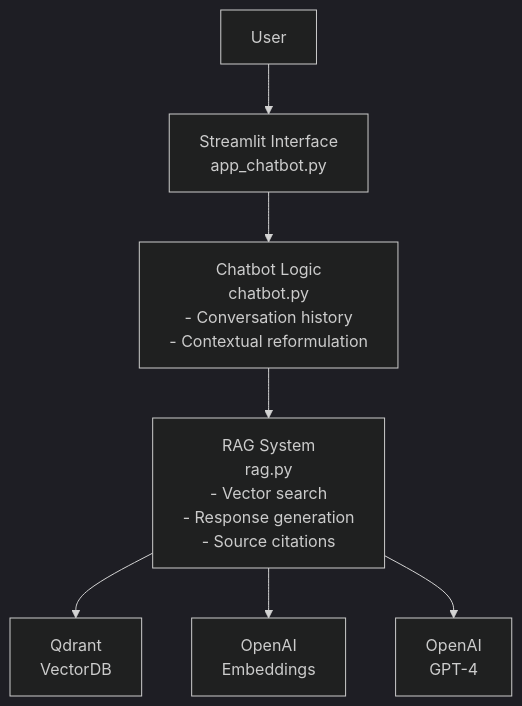
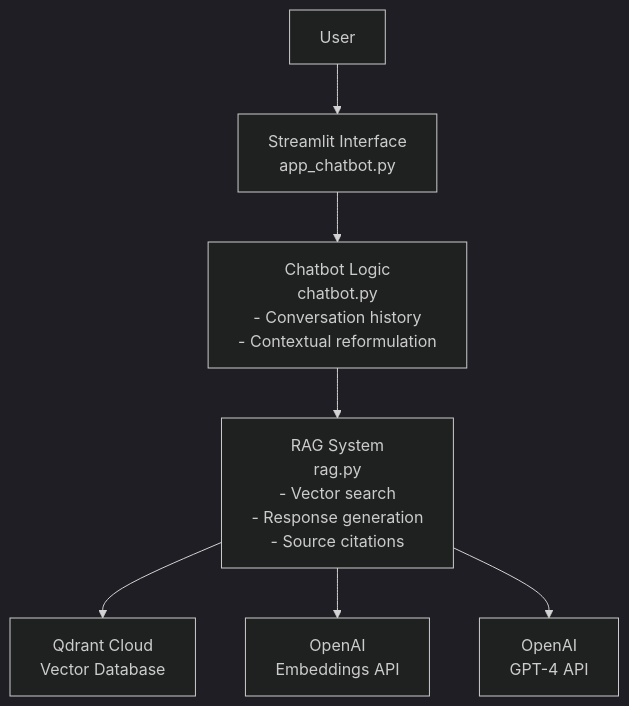
One commit to Lavialle/generative-ai-final-project changed the first of 2 diagrams in README.md. Above: the diagram before and after it, drawn with Mermaid (dark theme). The commit also changed other lines of this file and 12 other files, not shown here.

````diff
--- a/README.md
+++ b/README.md
@@ -17,9 +17,9 @@
 ```mermaid
 graph TD
     A[User] --> B[Streamlit Interface<br>app_chatbot.py]
     B --> C[Chatbot Logic<br>chatbot.py<br>- Conversation history<br>- Contextual reformulation]
     C --> D[RAG System<br>rag.py<br>- Vector search<br>- Response generation<br>- Source citations]
-    D --> E[Qdrant<br>VectorDB]
-    D --> F[OpenAI<br>Embeddings]
-    D --> G[OpenAI<br>GPT-4]
+    D --> E[Qdrant Cloud<br>Vector Database]
+    D --> F[OpenAI<br>Embeddings API]
+    D --> G[OpenAI<br>GPT-4 API]
 ```
````
